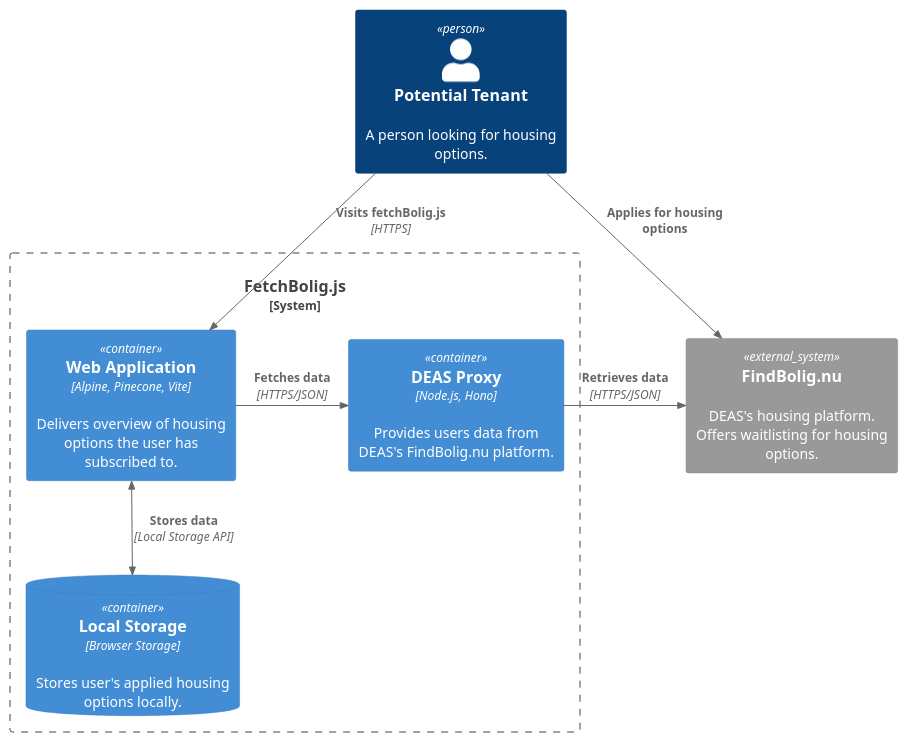
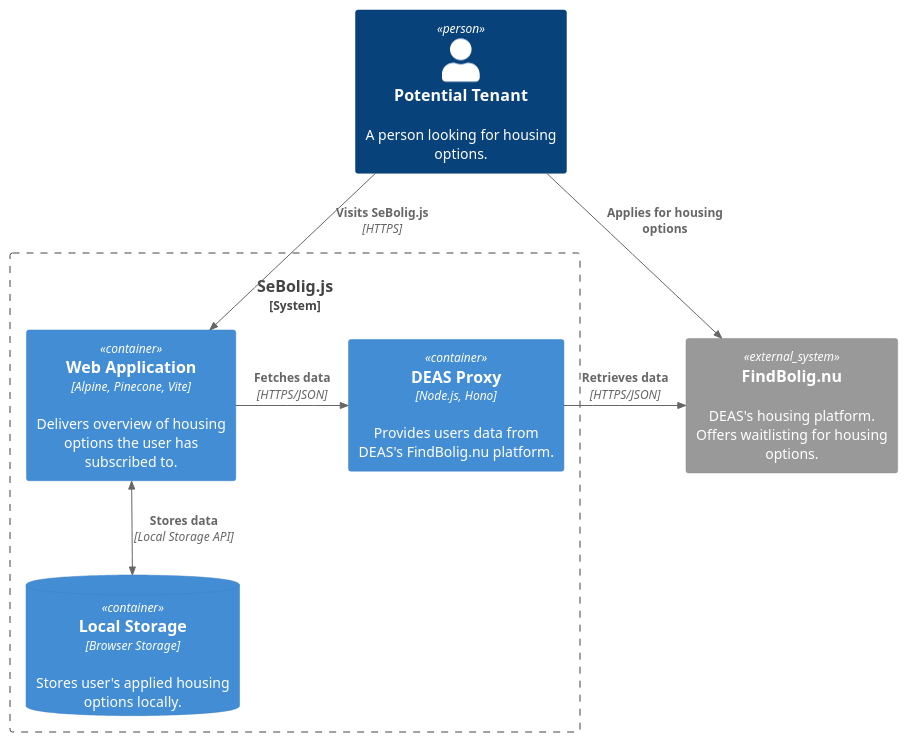
One commit to Omarley7/fetchBolig.js changed the diagram in misc/diagrams/C2_Container_webapp.puml. Above: the diagram before and after it, drawn with PlantUML. The commit also changed 13 other files, not shown here.

First line of the commit message:
chore: rename site from fetchBolig.dk to sebolig.nu

```diff
--- a/misc/diagrams/C2_Container_webapp.puml
+++ b/misc/diagrams/C2_Container_webapp.puml
@@ -1,17 +1,17 @@
-@startuml C4 Container Diagram for FetchBolig.js
+@startuml C4 Container Diagram for SeBolig.js
 !include <C4/C4_Container>
 
 Person(tenant, "Potential Tenant", "A person looking for housing options.")
-System_Boundary(c1, "FetchBolig.js") {
+System_Boundary(c1, "SeBolig.js") {
     Container(web_app, "Web Application", "Alpine, Pinecone, Vite", "Delivers overview of housing options the user has subscribed to.")
     Container(proxy_deas, "DEAS Proxy", "Node.js, Hono", "Provides users data from DEAS's FindBolig.nu platform.")
     ContainerDb(database, "Local Storage", "Browser Storage", "Stores user's applied housing options locally.")
 }
 System_Ext(findBolig, "FindBolig.nu", "DEAS's housing platform. Offers waitlisting for housing options.")
 
 Rel(tenant, findBolig, "Applies for housing options")
-Rel(tenant, web_app, "Visits fetchBolig.js", "HTTPS")
+Rel(tenant, web_app, "Visits SeBolig.js", "HTTPS")
 Rel_R(web_app, proxy_deas, "Fetches data", "HTTPS/JSON")
 Rel_R(proxy_deas, findBolig, "Retrieves data", "HTTPS/JSON")
 BiRel_D(web_app, database, "Stores data", "Local Storage API")
 @enduml
```
